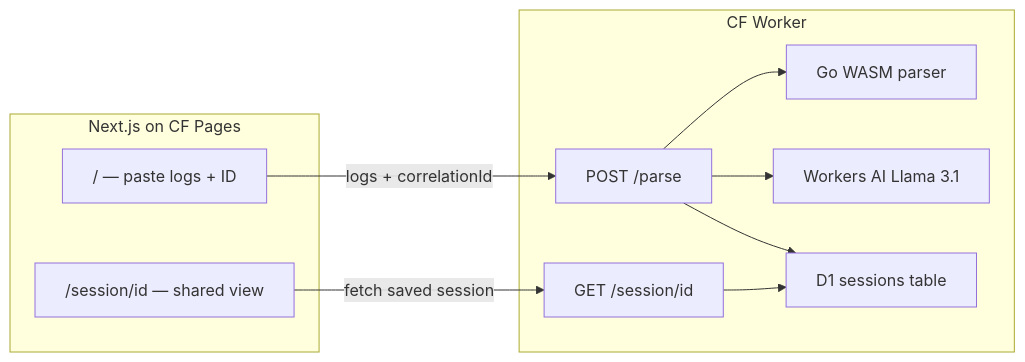
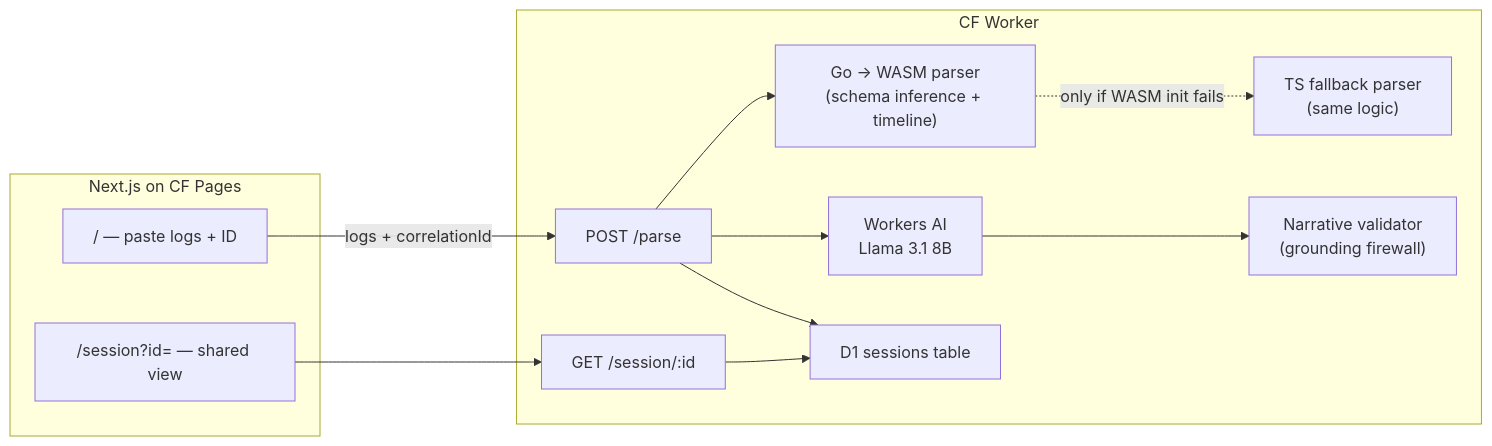
Before and after one commit to nayyirahsan/Trace: the diagram in README.md, drawn with Mermaid. The commit also changed other lines of this file, not shown here.

First line of the commit message:
README: architecture, formats, skew + validation design, measured numbers

````diff
--- a/README.md
+++ b/README.md
@@ -9,22 +9,24 @@
 ```mermaid
 flowchart LR
   subgraph frontend [Next.js on CF Pages]
     Home["/ — paste logs + ID"]
-    Session["/session/id — shared view"]
+    Session["/session?id= — shared view"]
   end
 
   subgraph worker [CF Worker]
     Parse["POST /parse"]
-    GetSession["GET /session/id"]
-    WasmGo["Go WASM parser"]
-    AI["Workers AI Llama 3.1"]
+    GetSession["GET /session/:id"]
+    WasmGo["Go → WASM parser<br/>(schema inference + timeline)"]
+    TSFallback["TS fallback parser<br/>(same logic)"]
+    Validate["Narrative validator<br/>(grounding firewall)"]
+    AI["Workers AI<br/>Llama 3.1 8B"]
     D1["D1 sessions table"]
   end
 
   Home -->|"logs + correlationId"| Parse
   Parse --> WasmGo
-  Parse --> AI
+  WasmGo -.->|"only if WASM init fails"| TSFallback
+  Parse --> AI --> Validate
   Parse --> D1
-  Session -->|"fetch saved session"| GetSession
-  GetSession --> D1
+  Session --> GetSession --> D1
 ```
````
